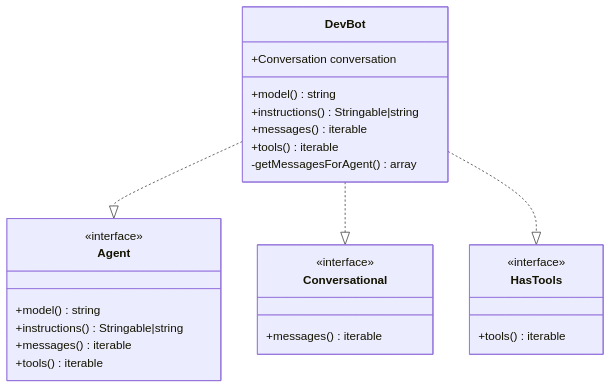
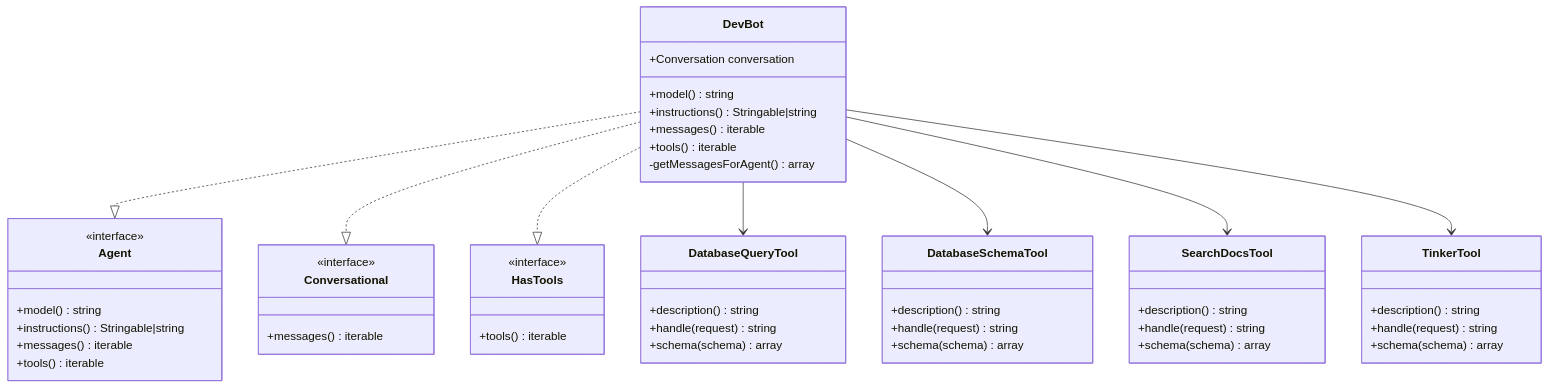
Before and after one commit to siimliimand/laravel-assistant: the second of 17 diagrams in .qoder/repowiki/en/content/AI Integration System/Agent System/DevBot AI Agent System.md, drawn with Mermaid. The commit also changed other lines of this file and 4 other files, not shown here.

First line of the commit message:
docs(agent): document comprehensive MCP tool integration in DevBot AI agent system

````diff
--- a/.qoder/repowiki/en/content/AI Integration System/Agent System/DevBot AI Agent System.md
+++ b/.qoder/repowiki/en/content/AI Integration System/Agent System/DevBot AI Agent System.md
@@ -104,29 +118,53 @@
 ```mermaid
 classDiagram
 class DevBot {
 +Conversation conversation
 +model() string
 +instructions() Stringable|string
 +messages() iterable
 +tools() iterable
 -getMessagesForAgent() array
 }
 class Agent {
 <<interface>>
 +model() string
 +instructions() Stringable|string
 +messages() iterable
 +tools() iterable
 }
 class Conversational {
 <<interface>>
 +messages() iterable
 }
 class HasTools {
 <<interface>>
 +tools() iterable
 }
+class DatabaseQueryTool {
++description() string
++handle(request) string
++schema(schema) array
+}
+class DatabaseSchemaTool {
++description() string
++handle(request) string
++schema(schema) array
+}
+class SearchDocsTool {
++description() string
++handle(request) string
++schema(schema) array
+}
+class TinkerTool {
++description() string
++handle(request) string
++schema(schema) array
+}
 DevBot ..|> Agent
 DevBot ..|> Conversational
 DevBot ..|> HasTools
+DevBot --> DatabaseQueryTool
+DevBot --> DatabaseSchemaTool
+DevBot --> SearchDocsTool
+DevBot --> TinkerTool
 ```
````
